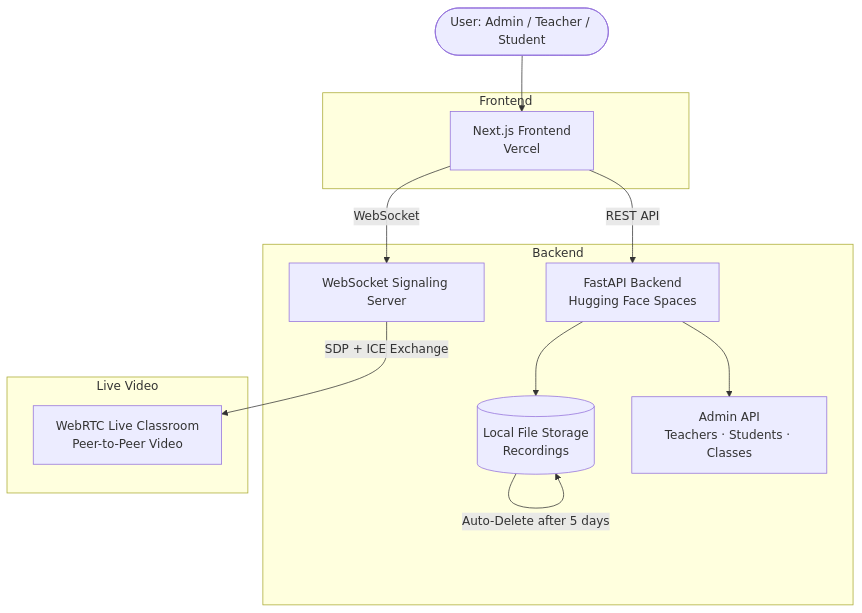
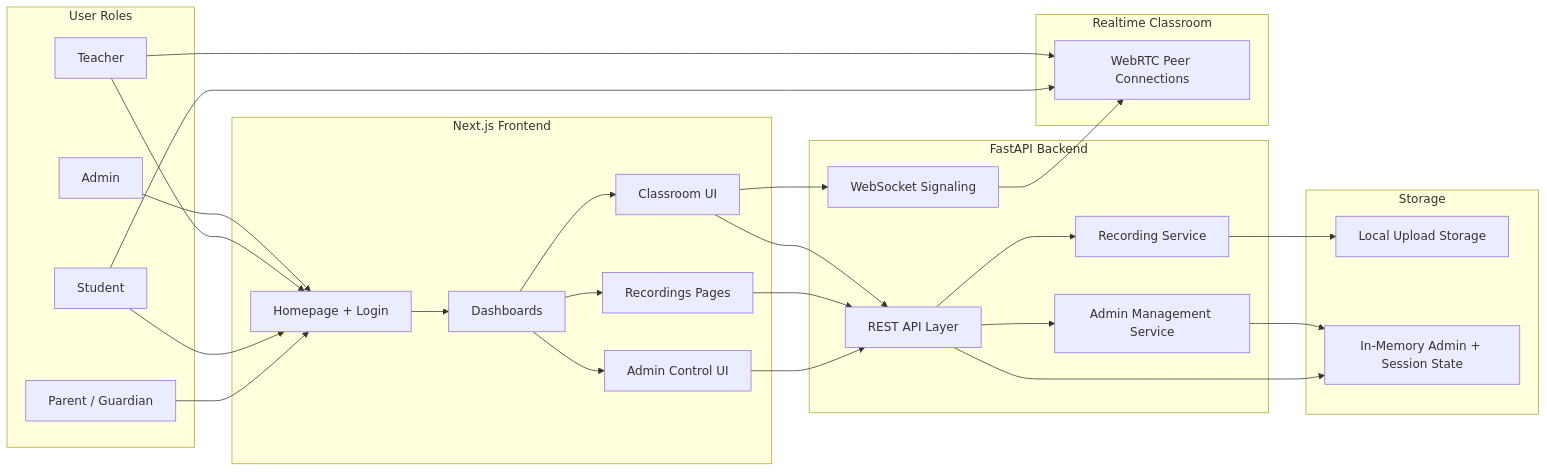
Before and after one commit to zohair-azmat-ai/we-are-kids-lms-live: the first of 2 diagrams in README.md, drawn with Mermaid. The commit also changed other lines of this file and 62 other files, not shown here.

````diff
--- a/README.md
+++ b/README.md
@@ -112,29 +67,58 @@
 ```mermaid
-flowchart TD
-    A([User: Admin / Teacher / Student]) --> B[Next.js Frontend\nVercel]
-
-    B -->|REST API| C[FastAPI Backend\nHugging Face Spaces]
-    B -->|WebSocket| D[WebSocket Signaling Server]
-
-    D -->|SDP + ICE Exchange| E[WebRTC Live Classroom\nPeer-to-Peer Video]
-
-    C --> F[(Local File Storage\nRecordings)]
-    C --> G[Admin API\nTeachers · Students · Classes]
-
-    F -->|Auto-Delete after 5 days| F
-
-    subgraph Frontend
-        B
+flowchart LR
+    subgraph Users[User Roles]
+        A[Admin]
+        T[Teacher]
+        S[Student]
+        P[Parent / Guardian]
     end
 
-    subgraph Backend
-        C
-        D
-        F
-        G
+    subgraph Frontend[Next.js Frontend]
+        HP[Homepage + Login]
+        DB[Dashboards]
+        CL[Classroom UI]
+        RP[Recordings Pages]
+        AU[Admin Control UI]
     end
 
-    subgraph Live Video
-        E
+    subgraph Backend[FastAPI Backend]
+        API[REST API Layer]
+        WS[WebSocket Signaling]
+        RS[Recording Service]
+        AD[Admin Management Service]
     end
+
+    subgraph Realtime[Realtime Classroom]
+        RTC[WebRTC Peer Connections]
+    end
+
+    subgraph Storage[Storage]
+        UP[Local Upload Storage]
+        MEM[In-Memory Admin + Session State]
+    end
+
+    A --> HP
+    T --> HP
+    S --> HP
+    P --> HP
+
+    HP --> DB
+    DB --> CL
+    DB --> RP
+    DB --> AU
+
+    CL --> API
+    CL --> WS
+    RP --> API
+    AU --> API
+
+    WS --> RTC
+    T --> RTC
+    S --> RTC
+
+    API --> RS
+    API --> AD
+    RS --> UP
+    AD --> MEM
+    API --> MEM
 ```
````
